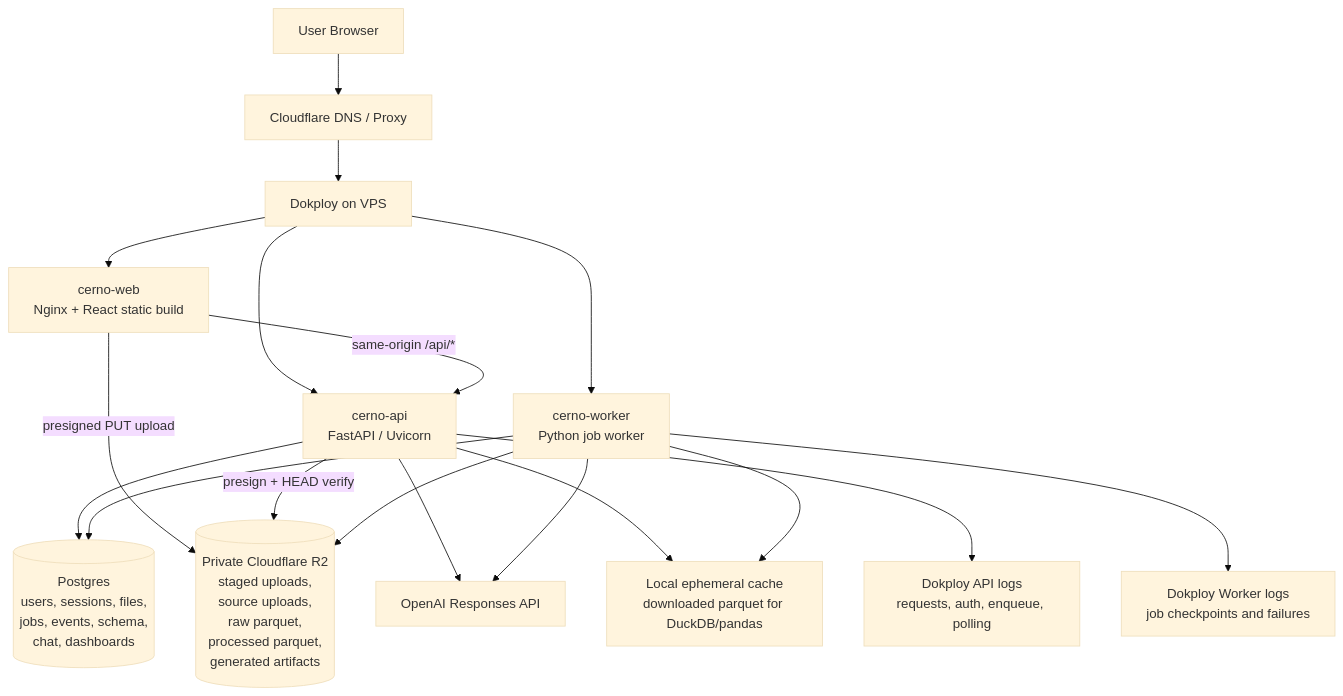
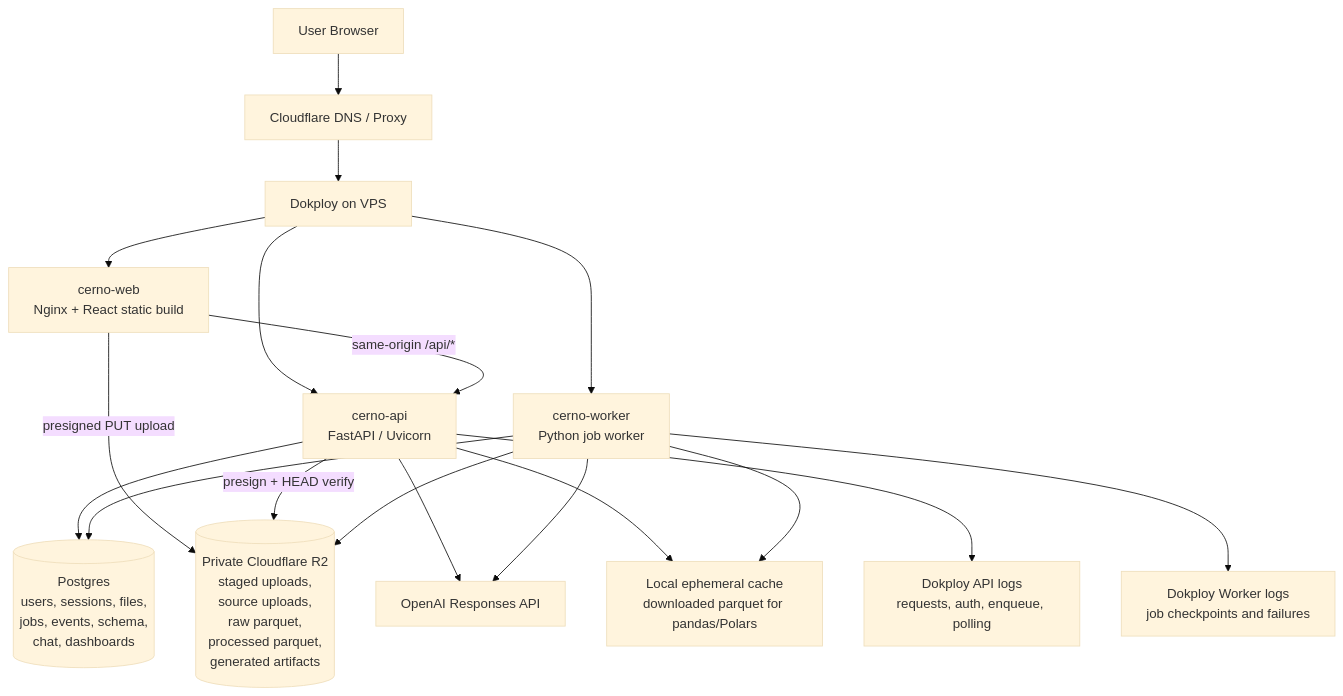
The first of 3 diagrams in Docs/Architecture.md (Nemukai/Cerno), drawn with Mermaid (base theme) before and after one commit. The commit also changed other lines of this file and 26 other files, not shown here.

````diff
--- a/Docs/Architecture.md
+++ b/Docs/Architecture.md
@@ -42,27 +42,27 @@
 ```mermaid
 flowchart TB
   User["User Browser"] --> CF["Cloudflare DNS / Proxy"]
   CF --> Dokploy["Dokploy on VPS"]
 
   Dokploy --> Web["cerno-web<br/>Nginx + React static build"]
   Dokploy --> API["cerno-api<br/>FastAPI / Uvicorn"]
   Dokploy --> Worker["cerno-worker<br/>Python job worker"]
 
   Web -->|"same-origin /api/*"| API
   Web -->|"presigned PUT upload"| R2
 
   API --> PG[("Postgres<br/>users, sessions, files,<br/>jobs, events, schema,<br/>chat, dashboards")]
   Worker --> PG
 
   API -->|"presign + HEAD verify"| R2[("Private Cloudflare R2<br/>staged uploads,<br/>source uploads,<br/>raw parquet,<br/>processed parquet,<br/>generated artifacts")]
   Worker --> R2
 
   API --> OpenAI["OpenAI Responses API"]
   Worker --> OpenAI
 
-  API --> Cache["Local ephemeral cache<br/>downloaded parquet for DuckDB/pandas"]
+  API --> Cache["Local ephemeral cache<br/>downloaded parquet for pandas/Polars"]
   Worker --> Cache
 
   API --> APILogs["Dokploy API logs<br/>requests, auth, enqueue, polling"]
   Worker --> WorkerLogs["Dokploy Worker logs<br/>job checkpoints and failures"]
 ```
````
